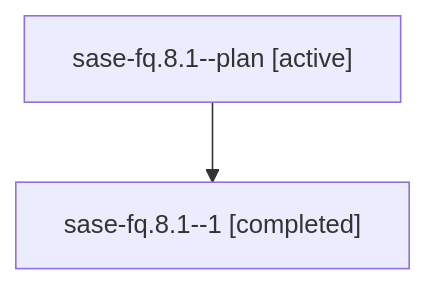
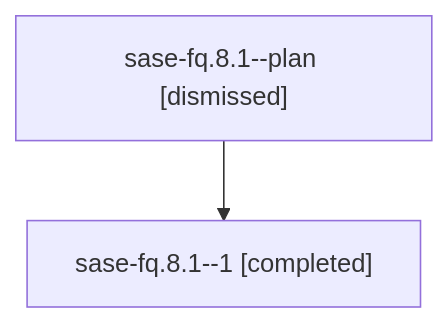
The diagram in sessions/bbugyi200.athena.sase-fq.8.1.md (sase-org/sase--agents), drawn with Mermaid before and after one commit. The commit also changed other lines of this file and 116 other files, not shown here.

````diff
--- a/sessions/bbugyi200.athena.sase-fq.8.1.md
+++ b/sessions/bbugyi200.athena.sase-fq.8.1.md
@@ -9,6 +9,6 @@
 ```mermaid
 flowchart TD
-  n0["sase-fq.8.1--plan [active]"]
+  n0["sase-fq.8.1--plan [dismissed]"]
   n1["sase-fq.8.1--1 [completed]"]
   n0 --> n1
 ```
````
